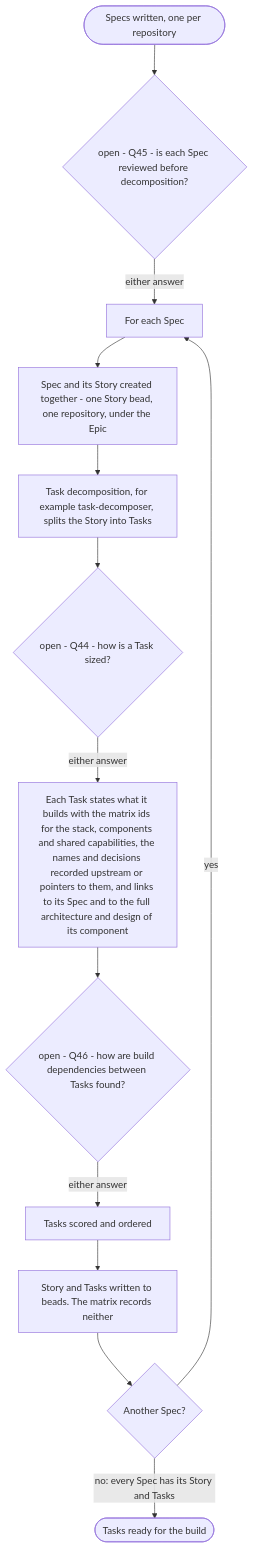
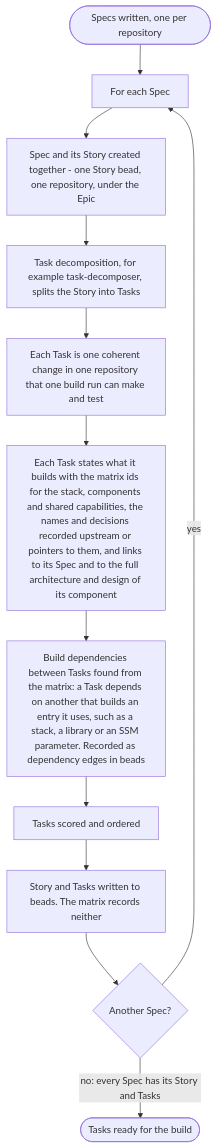
Before and after one commit to mark-satterfield/toolset: the eighth of 8 diagrams in plugins/agent-teams-workforce/blueprint/design/pipelines-elaboration.md, drawn with Mermaid. The commit also changed other lines of this file and 2 other files, not shown here.

First line of the commit message:
docs(blueprint): decide the elaboration and matrix-state questions that are not the owner's

````diff
--- a/plugins/agent-teams-workforce/blueprint/design/pipelines-elaboration.md
+++ b/plugins/agent-teams-workforce/blueprint/design/pipelines-elaboration.md
@@ -492,15 +501,14 @@
 ```mermaid
 flowchart TD
-    s(["Specs written, one per repository"]) --> rv{"open - Q45 - is each Spec reviewed before decomposition?"}
-    rv -->|"either answer"| each["For each Spec"]
+    s(["Specs written, one per repository"]) --> each["For each Spec"]
     each --> story["Spec and its Story created together - one Story bead, one repository, under the Epic"]
     story --> dec["Task decomposition, for example task-decomposer, splits the Story into Tasks"]
-    dec --> size{"open - Q44 - how is a Task sized?"}
-    size -->|"either answer"| content["Each Task states what it builds with the matrix ids for the stack, components and shared capabilities, the names and decisions recorded upstream or pointers to them, and links to its Spec and to the full architecture and design of its component"]
-    content --> order{"open - Q46 - how are build dependencies between Tasks found?"}
-    order -->|"either answer"| score["Tasks scored and ordered"]
+    dec --> size["Each Task is one coherent change in one repository that one build run can make and test"]
+    size --> content["Each Task states what it builds with the matrix ids for the stack, components and shared capabilities, the names and decisions recorded upstream or pointers to them, and links to its Spec and to the full architecture and design of its component"]
+    content --> order["Build dependencies between Tasks found from the matrix: a Task depends on another that builds an entry it uses, such as a stack, a library or an SSM parameter. Recorded as dependency edges in beads"]
+    order --> score["Tasks scored and ordered"]
     score --> write["Story and Tasks written to beads. The matrix records neither"]
     write --> more{"Another Spec?"}
     more -->|"yes"| each
     more -->|"no: every Spec has its Story and Tasks"| done(["Tasks ready for the build"])
 ```
````
